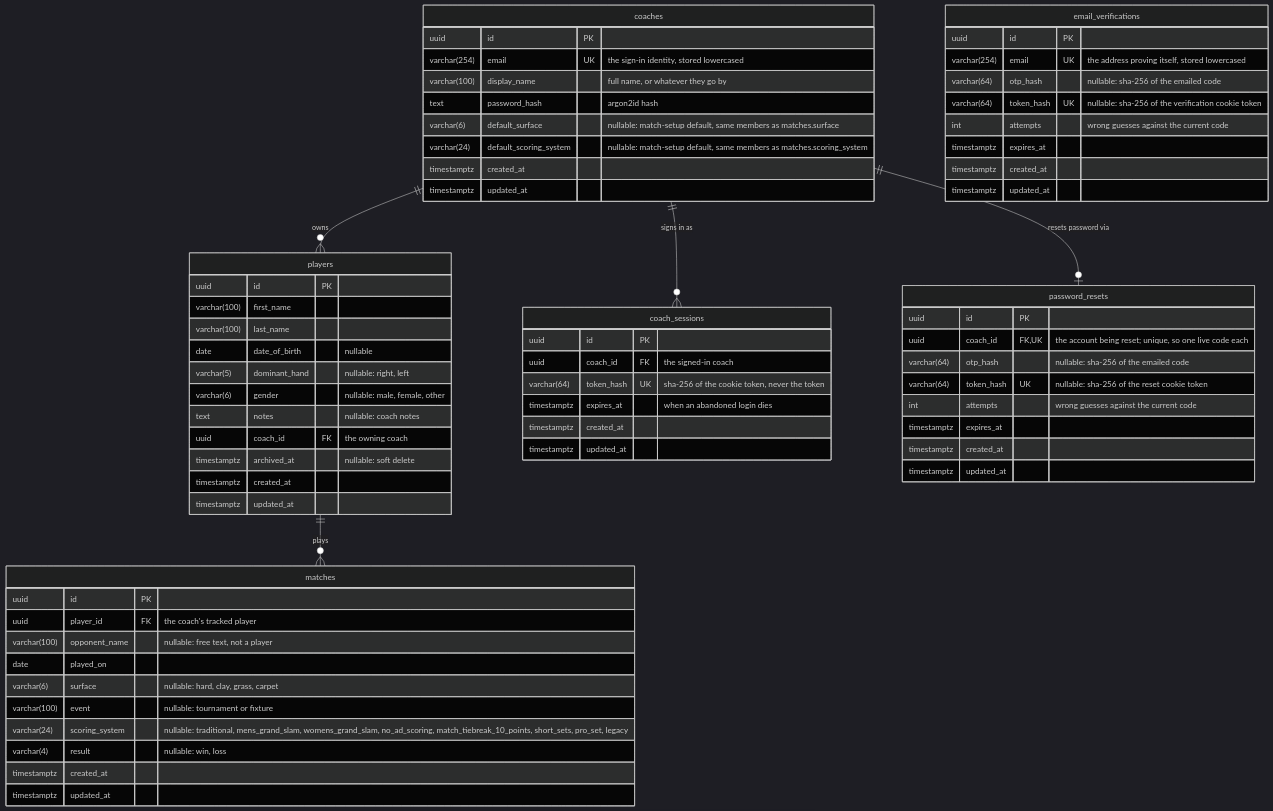
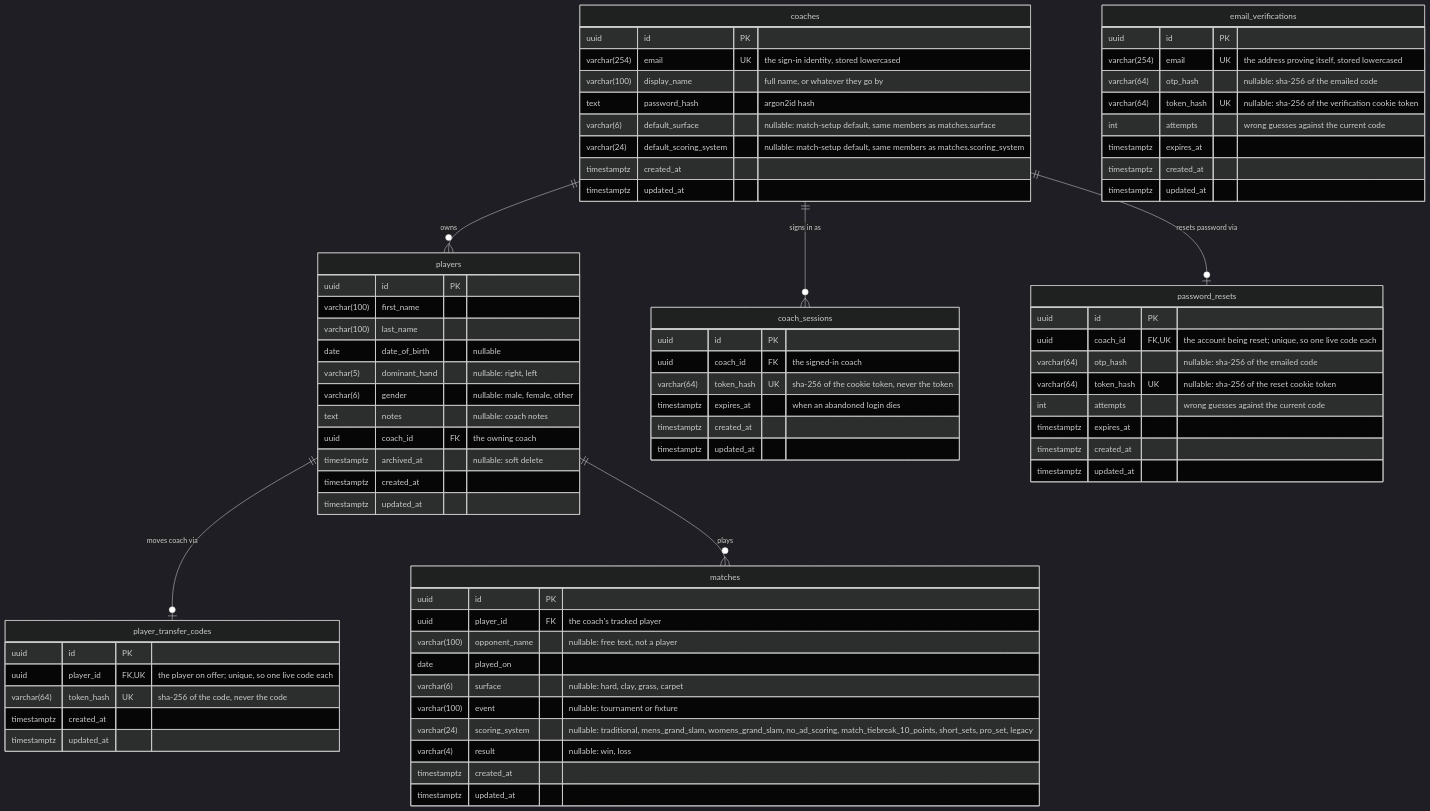
Before and after one commit to tkabalin/matchpoint: the diagram in docs/data-model.md, drawn with Mermaid (dark theme). The commit also changed other lines of this file and 17 other files, not shown here.

```diff
--- a/docs/data-model.md
+++ b/docs/data-model.md
@@ -14,6 +14,7 @@
     coaches ||--o{ players : owns
     coaches ||--o{ coach_sessions : "signs in as"
     coaches ||--o| password_resets : "resets password via"
+    players ||--o| player_transfer_codes : "moves coach via"
     players ||--o{ matches : plays
 
     coaches {
@@ -72,6 +73,14 @@
         timestamptz updated_at
     }
 
+    player_transfer_codes {
+        uuid id PK
+        uuid player_id FK,UK "the player on offer; unique, so one live code each"
+        varchar(64) token_hash UK "sha-256 of the code, never the code"
+        timestamptz created_at
+        timestamptz updated_at
+    }
+
     matches {
         uuid id PK
         uuid player_id FK "the coach's tracked player"
```
